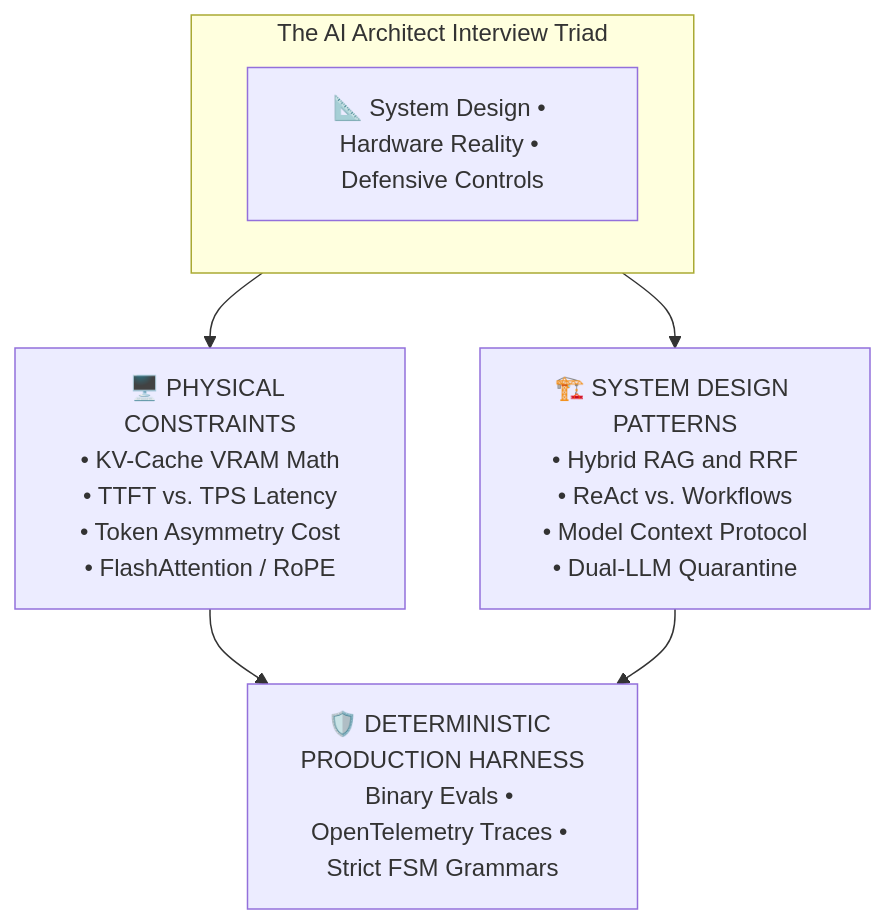
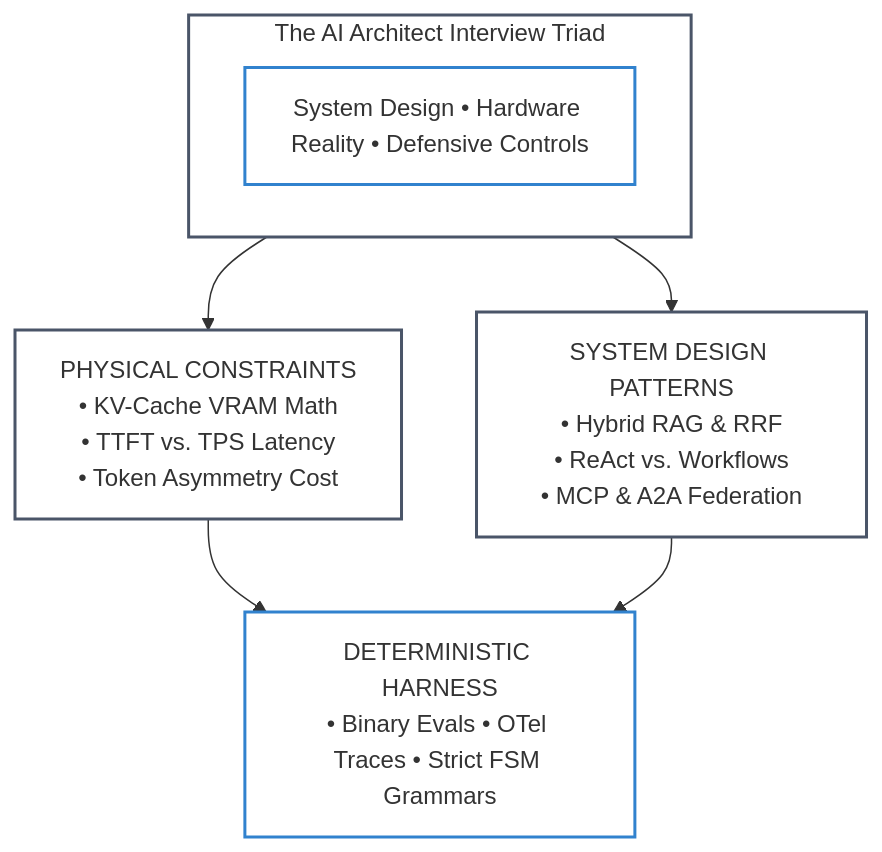
Before and after one commit to dip4k/senior-engineer-to-ai-engineer-roadmap: the first of 7 diagrams in interview/80-20-ai-interview-prep-sheet.md, drawn with Mermaid. The commit also changed other lines of this file and 49 other files, not shown here.

First line of the commit message:
feat(curriculum): complete 2026 refactoring across roadmaps, use-cases, labs, and agent-forge

````diff
--- a/interview/80-20-ai-interview-prep-sheet.md
+++ b/interview/80-20-ai-interview-prep-sheet.md
@@ -21,12 +21,17 @@
 ```mermaid
 flowchart TD
-    subgraph Triad["The AI Architect Interview Triad"]
-        Title["📐 System Design • Hardware Reality • Defensive Controls"]
+    classDef default fill:none,stroke:#4a5568,stroke-width:2px;
+    classDef highlight fill:none,stroke:#3182ce,stroke-width:2px;
+
+    subgraph Triad ["The AI Architect Interview Triad"]
+        Title["System Design • Hardware Reality • Defensive Controls"]:::highlight
     end
     
-    Triad --> PC["🖥️ PHYSICAL CONSTRAINTS<br/>• KV-Cache VRAM Math<br/>• TTFT vs. TPS Latency<br/>• Token Asymmetry Cost<br/>• FlashAttention / RoPE"]
-    Triad --> SDP["🏗️ SYSTEM DESIGN PATTERNS<br/>• Hybrid RAG and RRF<br/>• ReAct vs. Workflows<br/>• Model Context Protocol<br/>• Dual-LLM Quarantine"]
+    Triad --> PC["PHYSICAL CONSTRAINTS<br>• KV-Cache VRAM Math<br>• TTFT vs. TPS Latency<br>• Token Asymmetry Cost"]:::default
+    Triad --> SDP["SYSTEM DESIGN PATTERNS<br>• Hybrid RAG & RRF<br>• ReAct vs. Workflows<br>• MCP & A2A Federation"]:::default
     
-    PC --> DPH["🛡️ DETERMINISTIC PRODUCTION HARNESS<br/>Binary Evals • OpenTelemetry Traces • Strict FSM Grammars"]
+    PC --> DPH["DETERMINISTIC HARNESS<br>• Binary Evals • OTel Traces • Strict FSM Grammars"]:::highlight
     SDP --> DPH
+
+    style Triad fill:none,stroke:#4a5568,stroke-width:2px;
 ```
````
